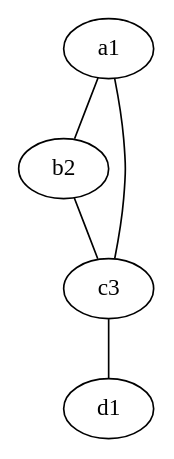
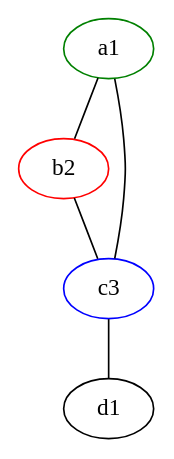
Before and after one commit to massimo-nocentini/sistemi-distribuiti-reti-calcolatori: the diagram in final-MIS-coloing-reduction.dot, drawn with Graphviz. The commit also changed 2 other files, not shown here.

```diff
--- a/final-MIS-coloing-reduction.dot
+++ b/final-MIS-coloing-reduction.dot
@@ -1,6 +1,10 @@
 graph G{
+    a1 [color="green"];
+    b2 [color="red"];
+    c3 [color="blue"];
+
     a1--b2;
     a1--c3;
     b2--c3;
     c3--d1;
 }
```
